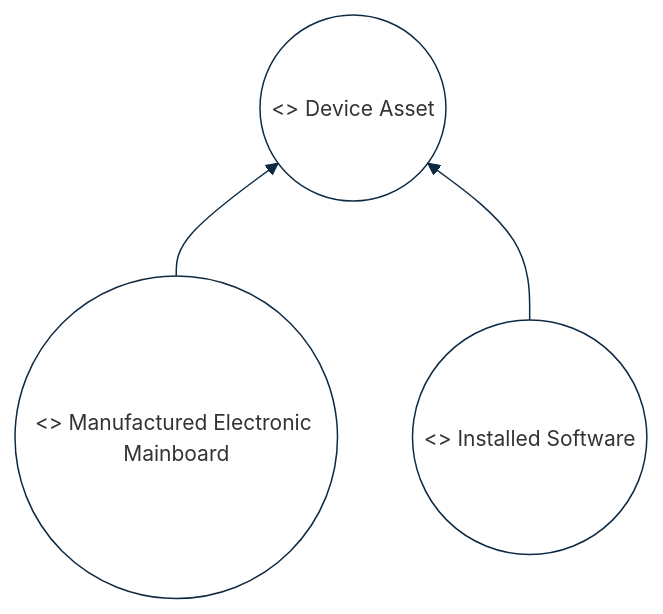
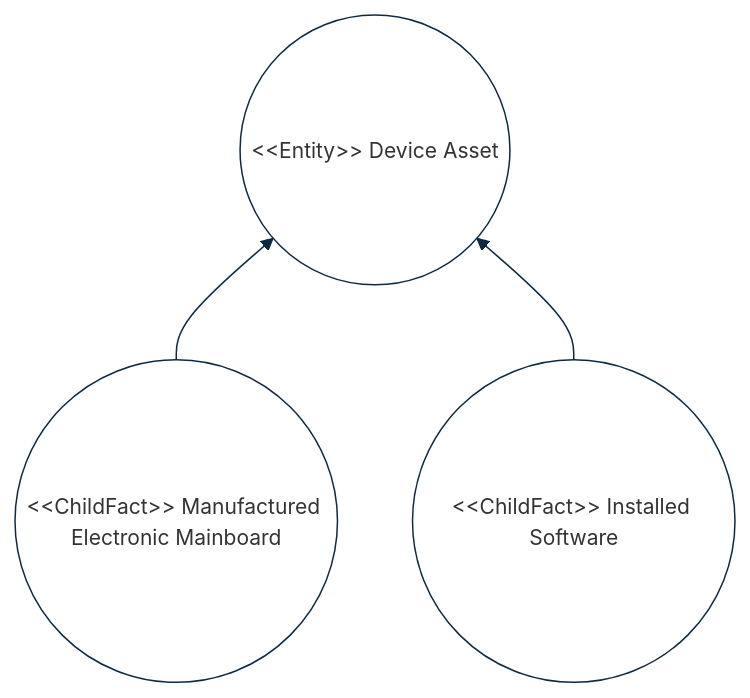
One commit to cybnity/foundation changed the second of 2 diagrams in implementations-line/framework/immutable/README.md. Above: the diagram before and after it, drawn with Mermaid.

````diff
--- a/implementations-line/framework/immutable/README.md
+++ b/implementations-line/framework/immutable/README.md
@@ -135,25 +135,25 @@
 ```mermaid
 %%{
   init: {
     'theme': 'base',
     'themeVariables': {
         'background': '#ffffff',
         'fontFamily': 'arial',
         'fontSize': '14px',
         'primaryColor': '#fff',
         'primaryBorderColor': '#0e2a43',
         'secondaryBorderColor': '#0e2a43',
         'tertiaryBorderColor': '#0e2a43',
         'edgeLabelBackground':'#0e2a43',
         'lineColor': '#0e2a43',
         'tertiaryColor': '#fff'
     }
   }
 }%%
 flowchart BT
-    board(("<<ChildFact>> Manufactured Electronic Mainboard")) --> asset(("<<Entity>> Device Asset"))
-    soft(("<<ChildFact>> Installed Software")) --> asset
+    board(("#60;#60;ChildFact#62;#62; Manufactured Electronic Mainboard")) --> asset(("#60;#60;Entity#62;#62; Device Asset"))
+    soft(("#60;#60;ChildFact#62;#62; Installed Software")) --> asset
 
 
 
 ```
````
